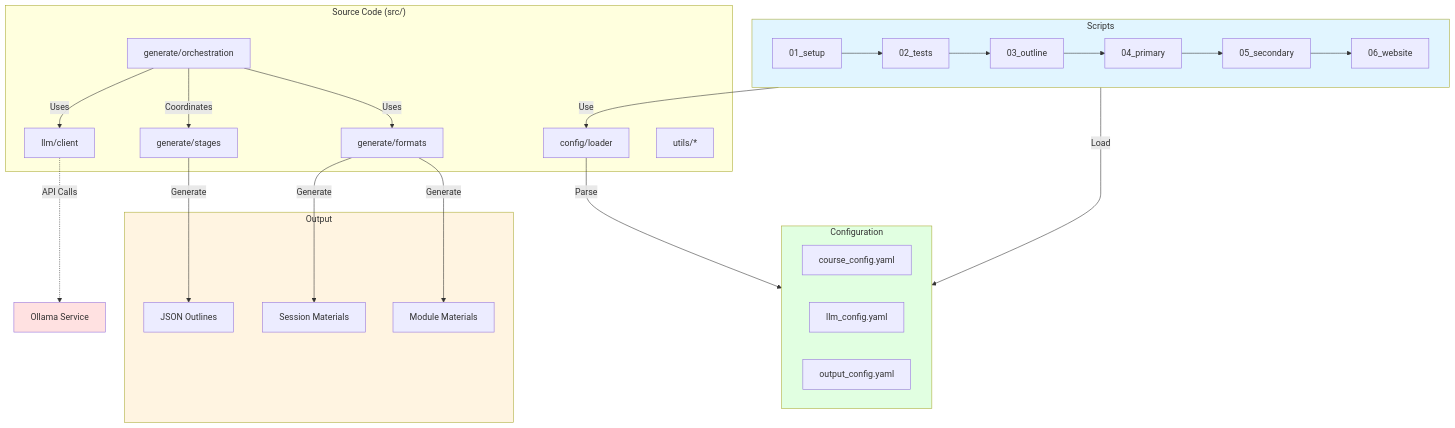
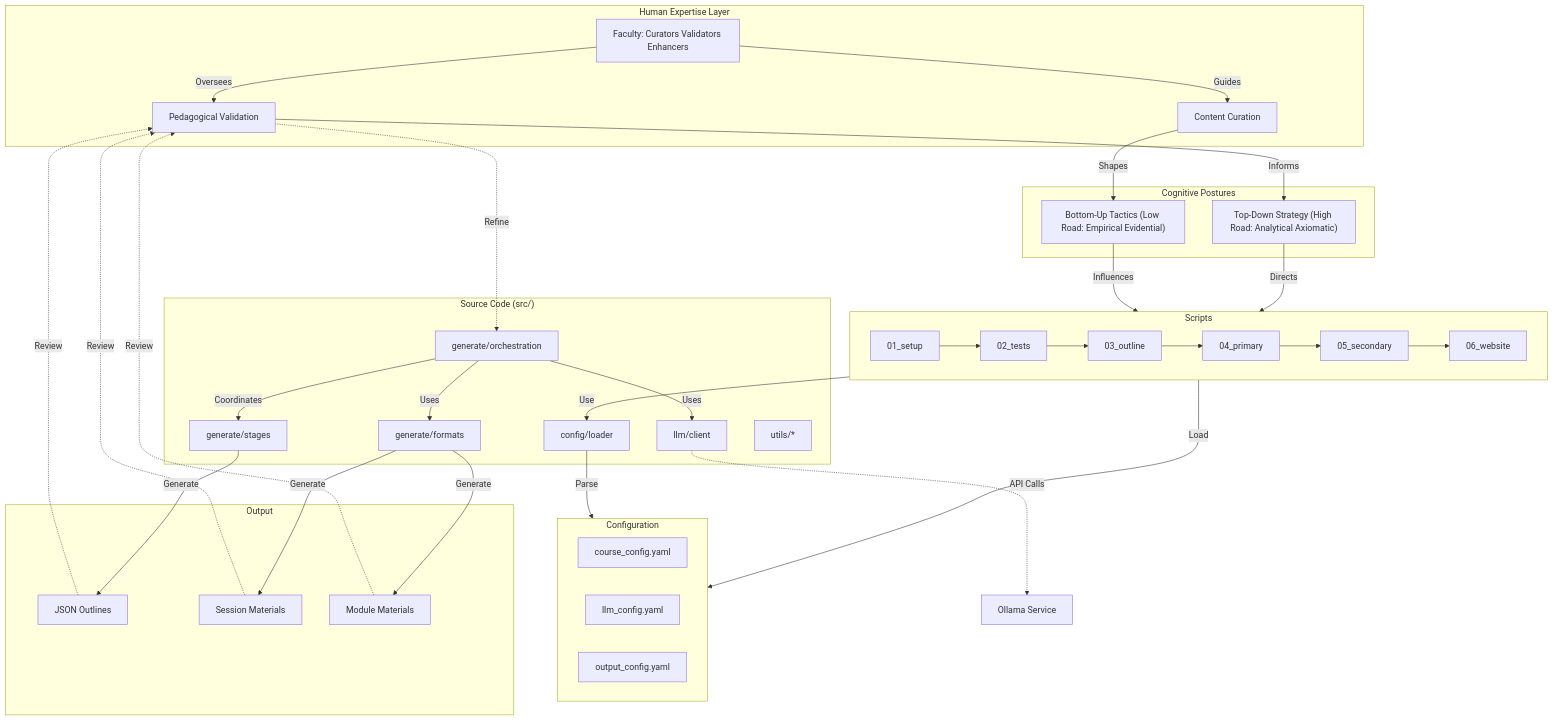
The diagram in README.md (docxology/curriculum), drawn with Mermaid before and after one commit. The commit also changed other lines of this file and 371 other files, not shown here.

````diff
--- a/README.md
+++ b/README.md
@@ -67,48 +83,66 @@
 ```mermaid
 graph TB
+    subgraph "Human Expertise Layer"
+        Faculty[Faculty: Curators Validators Enhancers]
+        Validation[Pedagogical Validation]
+        Curation[Content Curation]
+    end
+    
+    subgraph "Cognitive Postures"
+        TopDown["Top-Down Strategy (High Road: Analytical Axiomatic)"]
+        BottomUp["Bottom-Up Tactics (Low Road: Empirical Evidential)"]
+    end
+    
     subgraph Scripts
         S1[01_setup] --> S2[02_tests]
         S2 --> S3[03_outline]
         S3 --> S4[04_primary]
         S4 --> S5[05_secondary]
         S5 --> S6[06_website]
     end
     
     subgraph Configuration
         C1[course_config.yaml]
         C2[llm_config.yaml]
         C3[output_config.yaml]
     end
     
     subgraph "Source Code (src/)"
         Config[config/loader]
         LLM[llm/client]
         Pipeline[generate/orchestration]
         Stages[generate/stages]
         Formats[generate/formats]
         Utils[utils/*]
     end
     
     subgraph Output
         O1[JSON Outlines]
         O2[Session Materials]
         O3[Module Materials]
     end
     
+    Faculty -->|Oversees| Validation
+    Faculty -->|Guides| Curation
+    Validation -->|Informs| TopDown
+    Curation -->|Shapes| BottomUp
+    TopDown -->|Directs| Scripts
+    BottomUp -->|Influences| Scripts
+    
     Scripts -->|Load| Configuration
     Scripts -->|Use| Config
     Config -->|Parse| Configuration
     Pipeline -->|Uses| LLM
     Pipeline -->|Coordinates| Stages
     Pipeline -->|Uses| Formats
     Stages -->|Generate| O1
     Formats -->|Generate| O2
     Formats -->|Generate| O3
     
+    O1 -.->|Review| Validation
+    O2 -.->|Review| Validation
+    O3 -.->|Review| Validation
+    Validation -.->|Refine| Pipeline
+    
     LLM -.->|API Calls| Ollama[Ollama Service]
-    
-    style Scripts fill:#e1f5ff
-    style Configuration fill:#e1ffe1
-    style Output fill:#fff4e1
-    style Ollama fill:#ffe1e1
 ```
````
